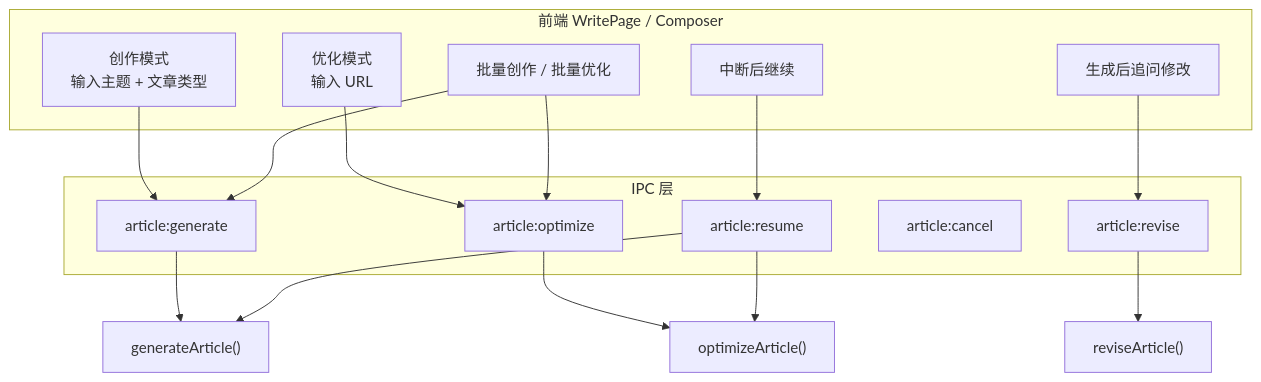
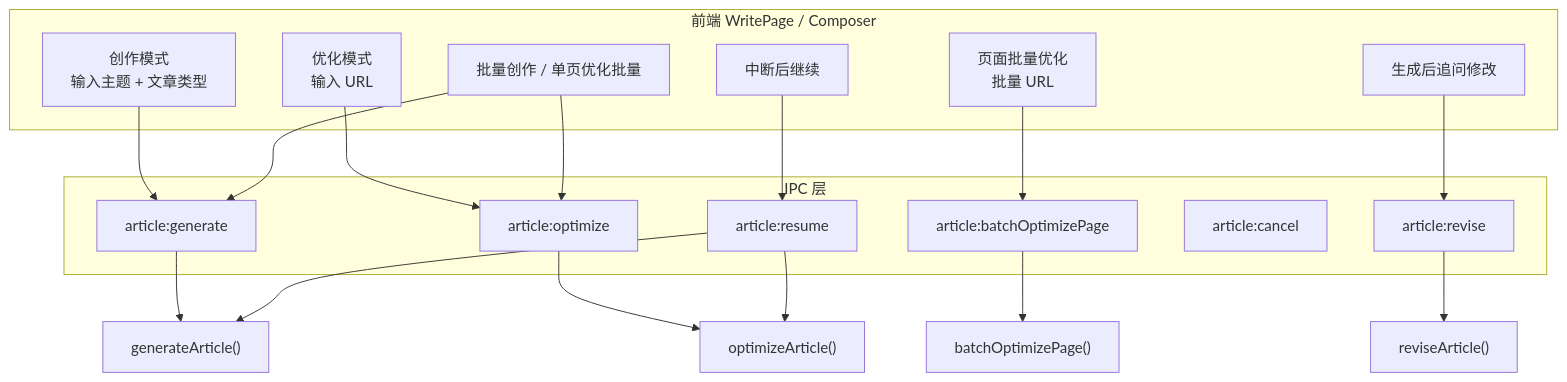
Before and after one commit to YieCham/seo-article-generate: the first of 7 diagrams in README.md, drawn with Mermaid. The commit also changed other lines of this file and 89 other files, not shown here.

First line of the commit message:
Add page batch optimize, skill pipeline, and LLM model discovery

````diff
--- a/README.md
+++ b/README.md
@@ -51,31 +56,35 @@
 ```mermaid
 flowchart TB
   subgraph UI["前端 WritePage / Composer"]
     A1["创作模式<br/>输入主题 + 文章类型"]
     A2["优化模式<br/>输入 URL"]
-    A3["批量创作 / 批量优化"]
-    A4["中断后继续"]
-    A5["生成后追问修改"]
+    A3["页面批量优化<br/>批量 URL"]
+    A4["批量创作 / 单页优化批量"]
+    A5["中断后继续"]
+    A6["生成后追问修改"]
   end
 
   subgraph IPC["IPC 层"]
     B1["article:generate"]
     B2["article:optimize"]
-    B3["article:resume"]
-    B4["article:cancel"]
-    B5["article:revise"]
+    B3["article:batchOptimizePage"]
+    B4["article:resume"]
+    B5["article:cancel"]
+    B6["article:revise"]
   end
 
   A1 --> B1
   A2 --> B2
-  A3 --> B1
-  A3 --> B2
-  A4 --> B3
-  A5 --> B5
+  A3 --> B3
+  A4 --> B1
+  A4 --> B2
+  A5 --> B4
+  A6 --> B6
 
   B1 --> C1["generateArticle()"]
   B2 --> C2["optimizeArticle()"]
-  B3 --> C1
-  B3 --> C2
-  B5 --> C3["reviseArticle()"]
+  B3 --> C3["batchOptimizePage()"]
+  B4 --> C1
+  B4 --> C2
+  B6 --> C4["reviseArticle()"]
 ```
````
